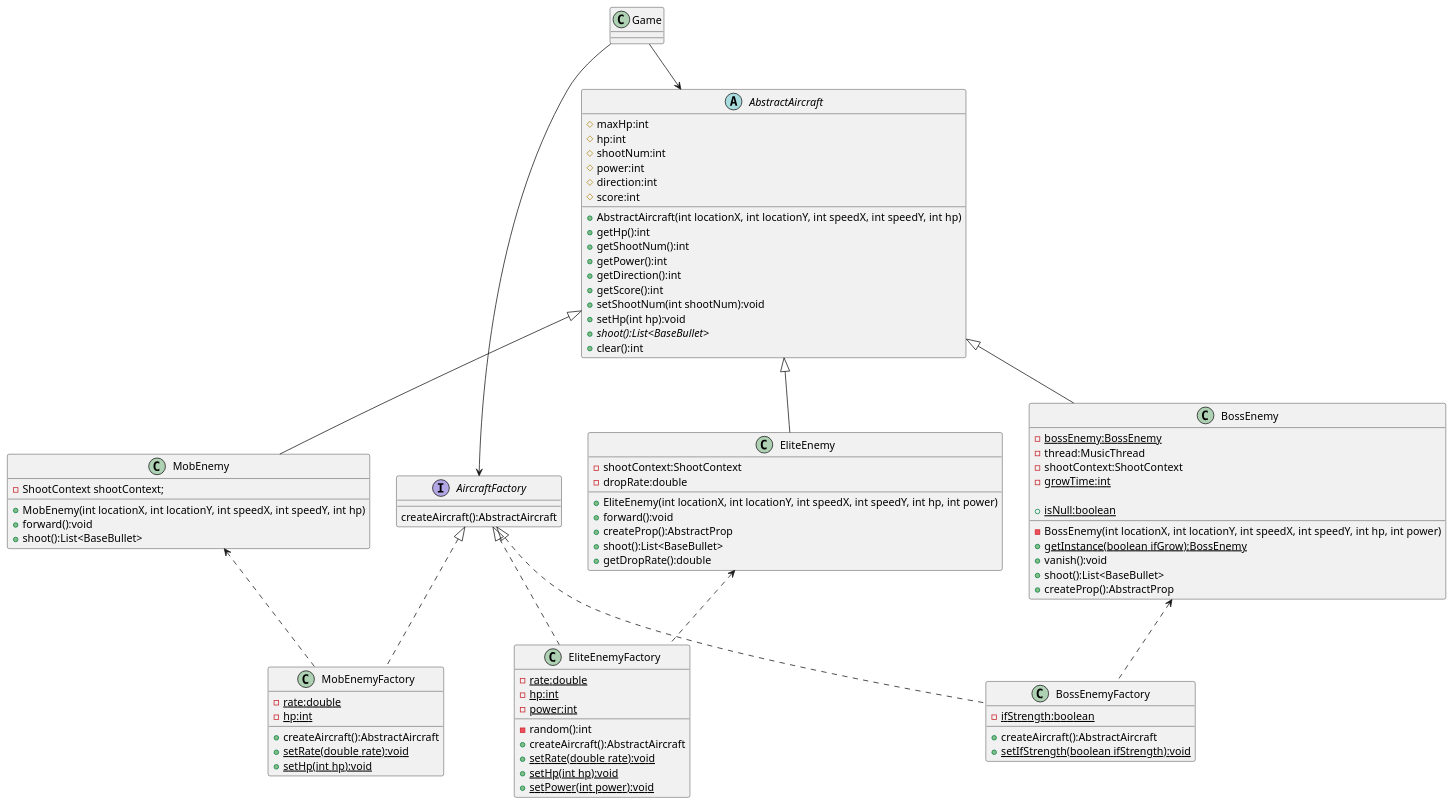
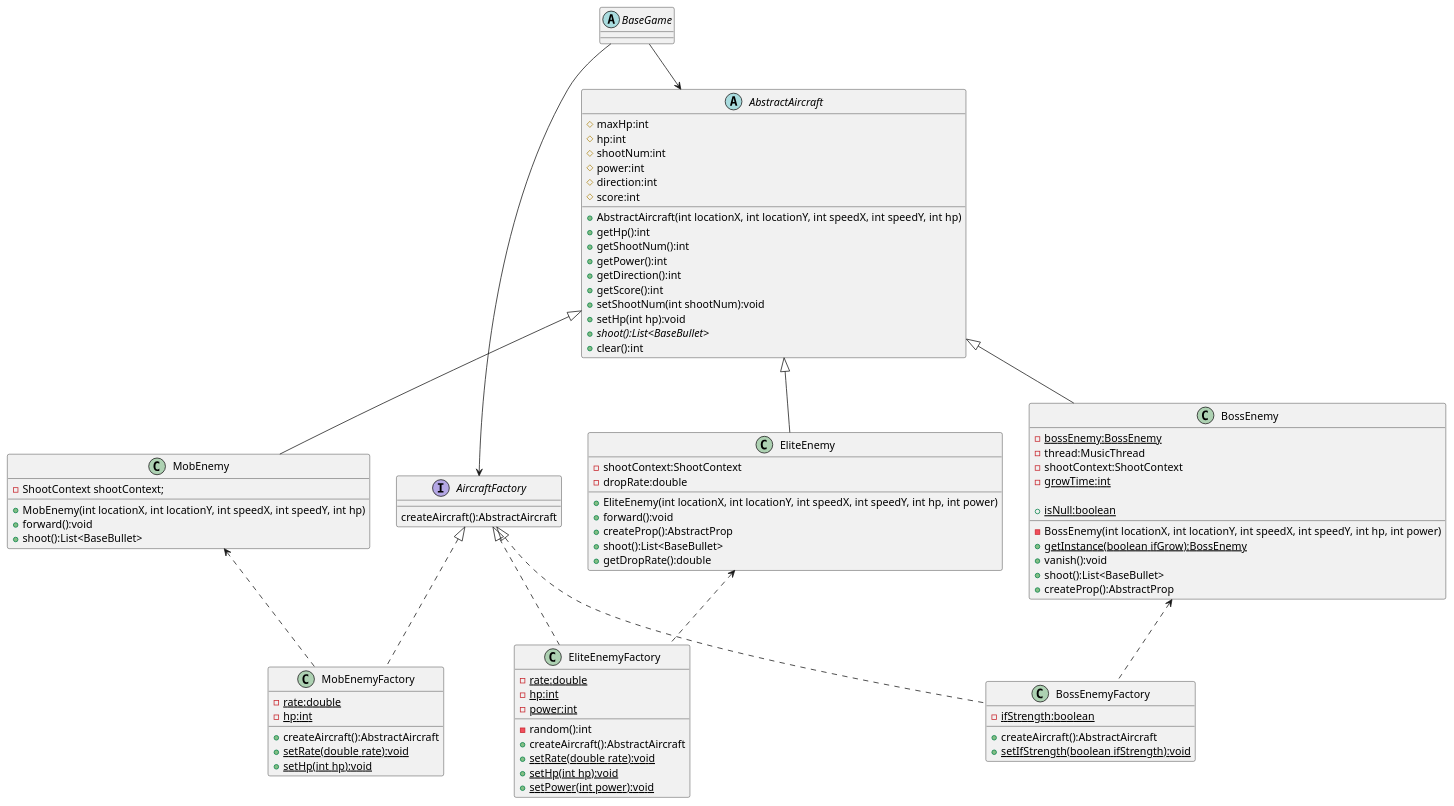
The diagram in uml/AircraftFactory.puml (ChrisGuiHK/AircraftWar-base), drawn with PlantUML before and after one commit. The commit also changed 13 other files, not shown here.

Commit message:
work6-uml-change

```diff
--- a/uml/AircraftFactory.puml
+++ b/uml/AircraftFactory.puml
@@ -1,107 +1,107 @@
 @startuml
 'https://plantuml.com/class-diagram
 
-class Game{}
+abstract class BaseGame{}
 
-Game --> AircraftFactory
-Game --> AbstractAircraft
+BaseGame --> AircraftFactory
+BaseGame --> AbstractAircraft
 
-abstract AbstractAircraft{
+abstract class AbstractAircraft{
     # maxHp:int
     # hp:int
     # shootNum:int
     # power:int
     # direction:int
     # score:int
 
     + AbstractAircraft(int locationX, int locationY, int speedX, int speedY, int hp)
     + getHp():int
     + getShootNum():int
     + getPower():int
     + getDirection():int
     + getScore():int
     + setShootNum(int shootNum):void
     + setHp(int hp):void
     + {abstract} shoot():List<BaseBullet>
     + clear():int
 }
 
 interface AircraftFactory
 {
     createAircraft():AbstractAircraft
 }
 
 AbstractAircraft <|-- MobEnemy
 AbstractAircraft <|-- EliteEnemy
 AbstractAircraft <|-- BossEnemy
 
 AircraftFactory <|.. MobEnemyFactory
 AircraftFactory <|.. EliteEnemyFactory
 AircraftFactory <|.. BossEnemyFactory
 
 MobEnemy <.. MobEnemyFactory
 EliteEnemy <.. EliteEnemyFactory
 BossEnemy <.. BossEnemyFactory
 
 class MobEnemy{
     - ShootContext shootContext;
 
     + MobEnemy(int locationX, int locationY, int speedX, int speedY, int hp)
     + forward():void
     + shoot():List<BaseBullet>
 }
 
 class EliteEnemy{
     - shootContext:ShootContext
     - dropRate:double
 
     + EliteEnemy(int locationX, int locationY, int speedX, int speedY, int hp, int power)
     + forward():void
     + createProp():AbstractProp
     + shoot():List<BaseBullet>
     + getDropRate():double
 }
 
 class BossEnemy{
     - {static} bossEnemy:BossEnemy
     - thread:MusicThread
     - shootContext:ShootContext
     - {static} growTime:int
 
     - BossEnemy(int locationX, int locationY, int speedX, int speedY, int hp, int power)
     + {static} getInstance(boolean ifGrow):BossEnemy
     + {static} isNull:boolean
     + vanish():void
     + shoot():List<BaseBullet>
     + createProp():AbstractProp
 }
 
 class MobEnemyFactory {
     - {static} rate:double
     - {static} hp:int
 
     + createAircraft():AbstractAircraft
     + {static} setRate(double rate):void
     + {static} setHp(int hp):void
 }
 
 class EliteEnemyFactory {
     - {static} rate:double
     - {static} hp:int
     - {static} power:int
 
     - random():int
     + createAircraft():AbstractAircraft
     + {static} setRate(double rate):void
     + {static} setHp(int hp):void
     + {static} setPower(int power):void
 }
 
 class BossEnemyFactory{
     - {static} ifStrength:boolean
 
     + createAircraft():AbstractAircraft
     + {static} setIfStrength(boolean ifStrength):void
 }
 
 @enduml
```
